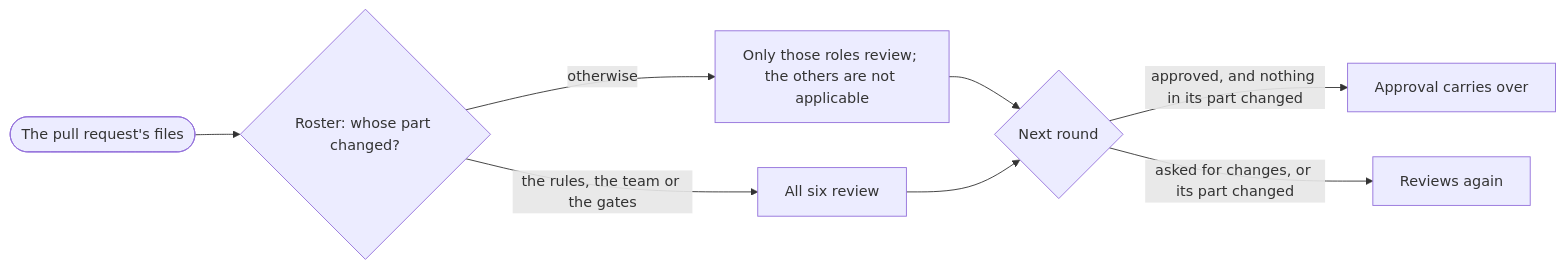
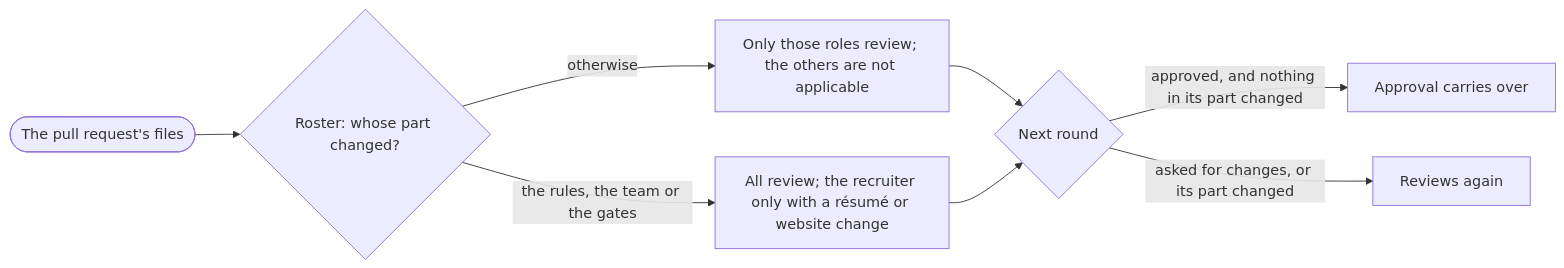
The second of 2 diagrams in .claude/team.md (stewils/stevenwilssens.com), drawn with Mermaid before and after one commit. The commit also changed other lines of this file and 16 other files, not shown here.

First line of the commit message:
Cheaper team: the recruiter only reviews résumé and website changes; coverage runs before main's rules

````diff
--- a/.claude/team.md
+++ b/.claude/team.md
@@ -80,9 +81,9 @@
 ```mermaid
 flowchart LR
   diff([The pull request's files]) --> roster{Roster: whose part changed?}
-  roster -- the rules, the team or the gates --> all[All six review]
+  roster -- the rules, the team or the gates --> all[All review; the recruiter only with a résumé or website change]
   roster -- otherwise --> some[Only those roles review; the others are not applicable]
   some & all --> round{Next round}
   round -- approved, and nothing in its part changed --> carried[Approval carries over]
   round -- asked for changes, or its part changed --> again[Reviews again]
 ```
````
